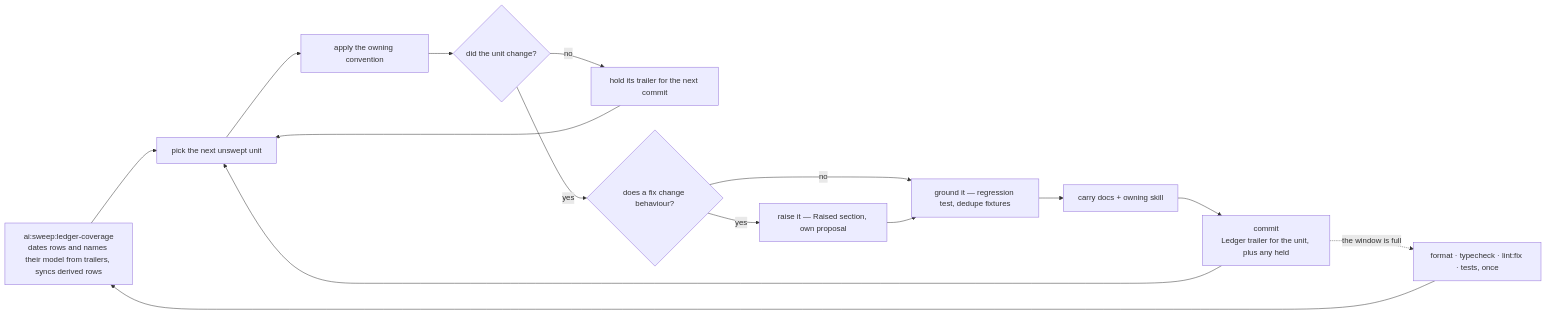
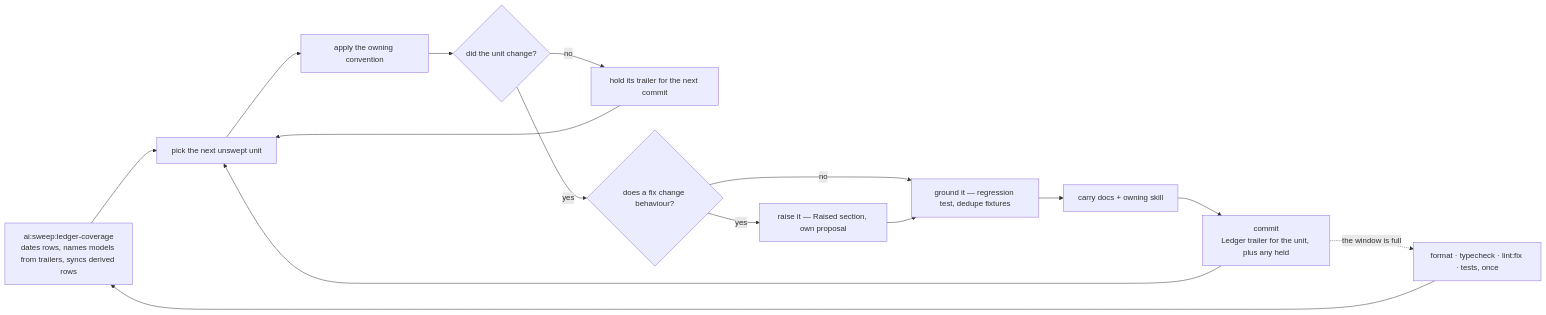
Before and after one commit to Esposter/Esposter: the diagram in .agents/skills/sweeps/SKILL.md, drawn with Mermaid. The commit also changed 6 other files, not shown here.

````diff
--- a/.agents/skills/sweeps/SKILL.md
+++ b/.agents/skills/sweeps/SKILL.md
@@ -45,17 +45,17 @@
 ```mermaid
 flowchart LR
-  COVER["ai:sweep:ledger-coverage<br/>dates rows and names their model from trailers, syncs derived rows"] --> PICK["pick the next unswept unit"]
+  COVER["ai:sweep:ledger-coverage<br/>dates rows, names models from trailers, syncs derived rows"] --> PICK["pick the next unswept unit"]
   PICK --> APPLY["apply the owning convention"]
   APPLY --> CHANGED{"did the unit change?"}
   CHANGED -->|"no"| HOLD["hold its trailer for the next commit"]
   HOLD --> PICK
   CHANGED -->|"yes"| GATE{"does a fix change behaviour?"}
   GATE -->|"yes"| RAISE["raise it — Raised section, own proposal"]
   GATE -->|"no"| TESTS["ground it — regression test, dedupe fixtures"]
   RAISE --> TESTS
   TESTS --> CARRY["carry docs + owning skill"]
   CARRY --> TICK["commit<br/>Ledger trailer for the unit, plus any held"]
   TICK --> PICK
   TICK -.->|"the window is full"| CHECK["format · typecheck · lint:fix · tests, once"]
   CHECK --> COVER
 ```
````
